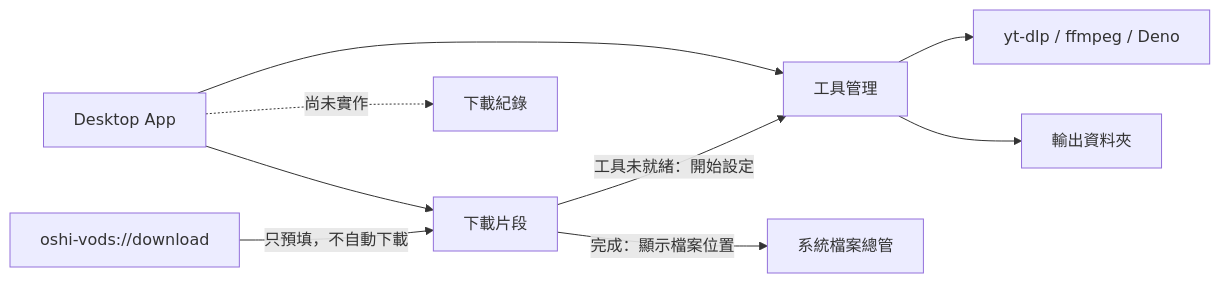
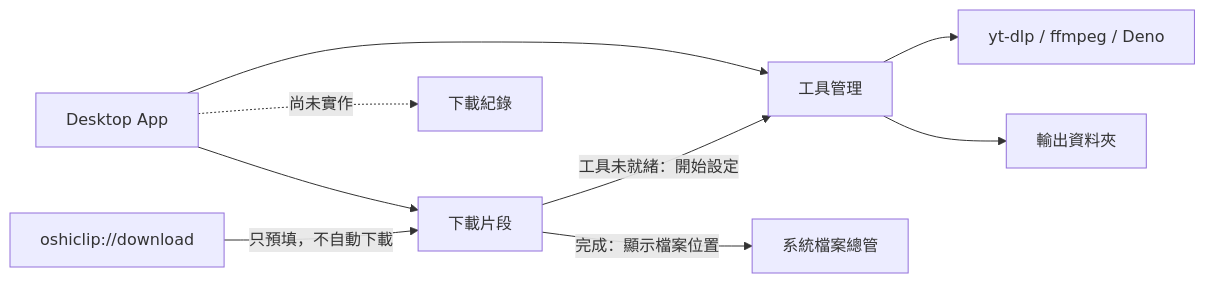
The first of 3 diagrams in UI-spec.md (hydai/OshiClip), drawn with Mermaid before and after one commit. The commit also changed other lines of this file and 24 other files, not shown here.

````diff
--- a/UI-spec.md
+++ b/UI-spec.md
@@ -67,11 +67,11 @@
 ```mermaid
 flowchart LR
     App[Desktop App] --> Download[下載片段]
     App --> Tools[工具管理]
     App -. 尚未實作 .-> History[下載紀錄]
     Download -->|工具未就緒：開始設定| Tools
     Download -->|完成：顯示檔案位置| Explorer[系統檔案總管]
     Tools --> ToolCards[yt-dlp / ffmpeg / Deno]
     Tools --> Output[輸出資料夾]
-    DeepLink[oshi-vods://download] -->|只預填，不自動下載| Download
+    DeepLink[oshiclip://download] -->|只預填，不自動下載| Download
 ```
````
